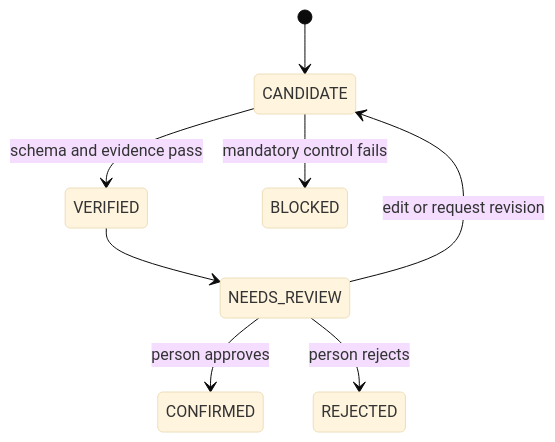
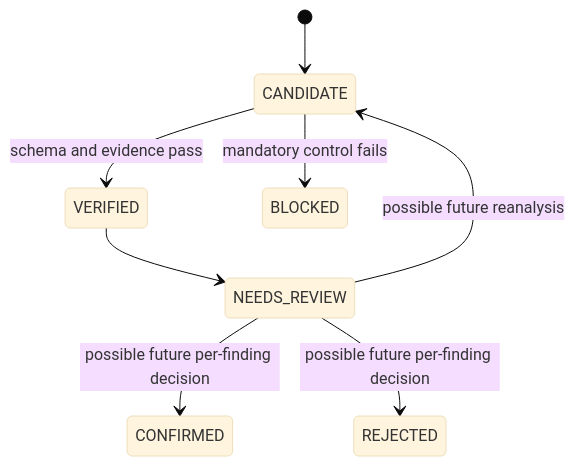
Before and after one commit to DameurMounir/requirements-quality-agent: the diagram in docs/02-analysis-models/requirement-and-finding-model.md, drawn with Mermaid (base theme). The commit also changed other lines of this file and 57 other files, not shown here.

````diff
--- a/docs/02-analysis-models/requirement-and-finding-model.md
+++ b/docs/02-analysis-models/requirement-and-finding-model.md
@@ -39,10 +39,10 @@
 ```mermaid
 stateDiagram-v2
     [*] --> CANDIDATE
     CANDIDATE --> VERIFIED: schema and evidence pass
     CANDIDATE --> BLOCKED: mandatory control fails
     VERIFIED --> NEEDS_REVIEW
-    NEEDS_REVIEW --> CONFIRMED: person approves
-    NEEDS_REVIEW --> REJECTED: person rejects
-    NEEDS_REVIEW --> CANDIDATE: edit or request revision
+    NEEDS_REVIEW --> CONFIRMED: possible future per-finding decision
+    NEEDS_REVIEW --> REJECTED: possible future per-finding decision
+    NEEDS_REVIEW --> CANDIDATE: possible future reanalysis
 ```
````
